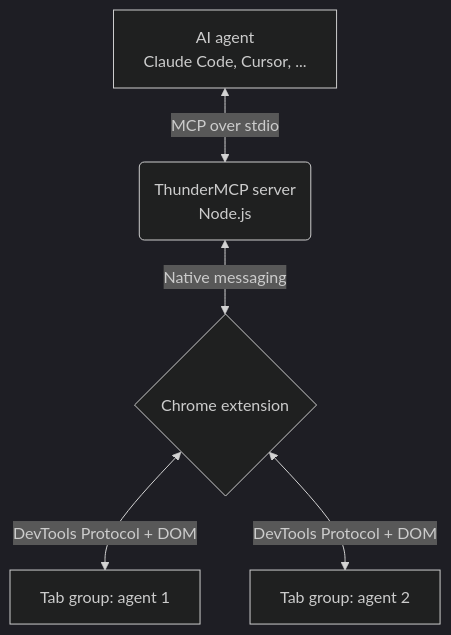
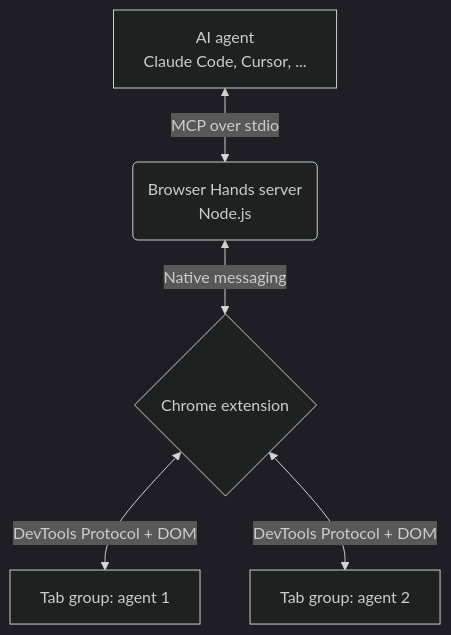
One commit to 214140846/browser-hands changed the diagram in README.md. Above: the diagram before and after it, drawn with Mermaid (dark theme). The commit also changed other lines of this file and 14 other files, not shown here.

Commit message:
chore: rename ThunderMCP to Browser Hands, bump to 0.2.0

````diff
--- a/README.md
+++ b/README.md
@@ -66,7 +66,7 @@
 ```mermaid
 graph TD
-    A[AI agent<br/>Claude Code, Cursor, ...] <-->|MCP over stdio| B(ThunderMCP server<br/>Node.js)
+    A[AI agent<br/>Claude Code, Cursor, ...] <-->|MCP over stdio| B(Browser Hands server<br/>Node.js)
     B <-->|Native messaging| C{Chrome extension}
     C <-->|DevTools Protocol + DOM| D[Tab group: agent 1]
     C <-->|DevTools Protocol + DOM| E[Tab group: agent 2]
 ```
````
